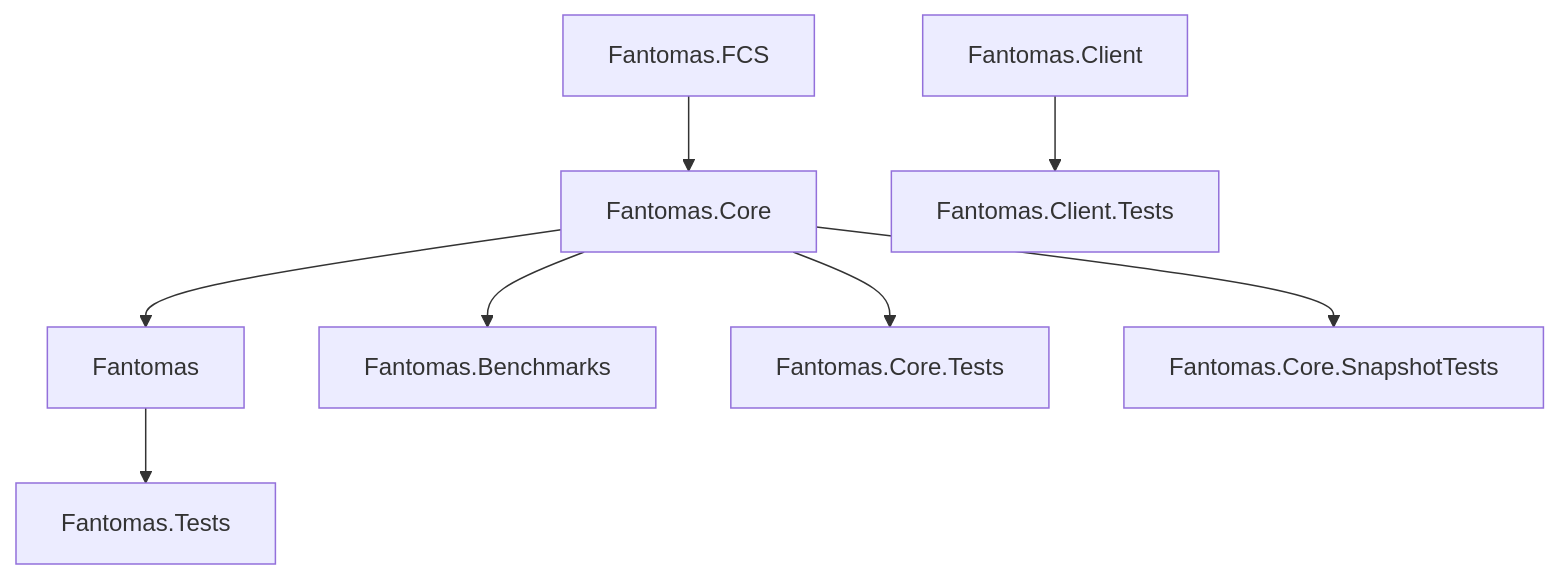
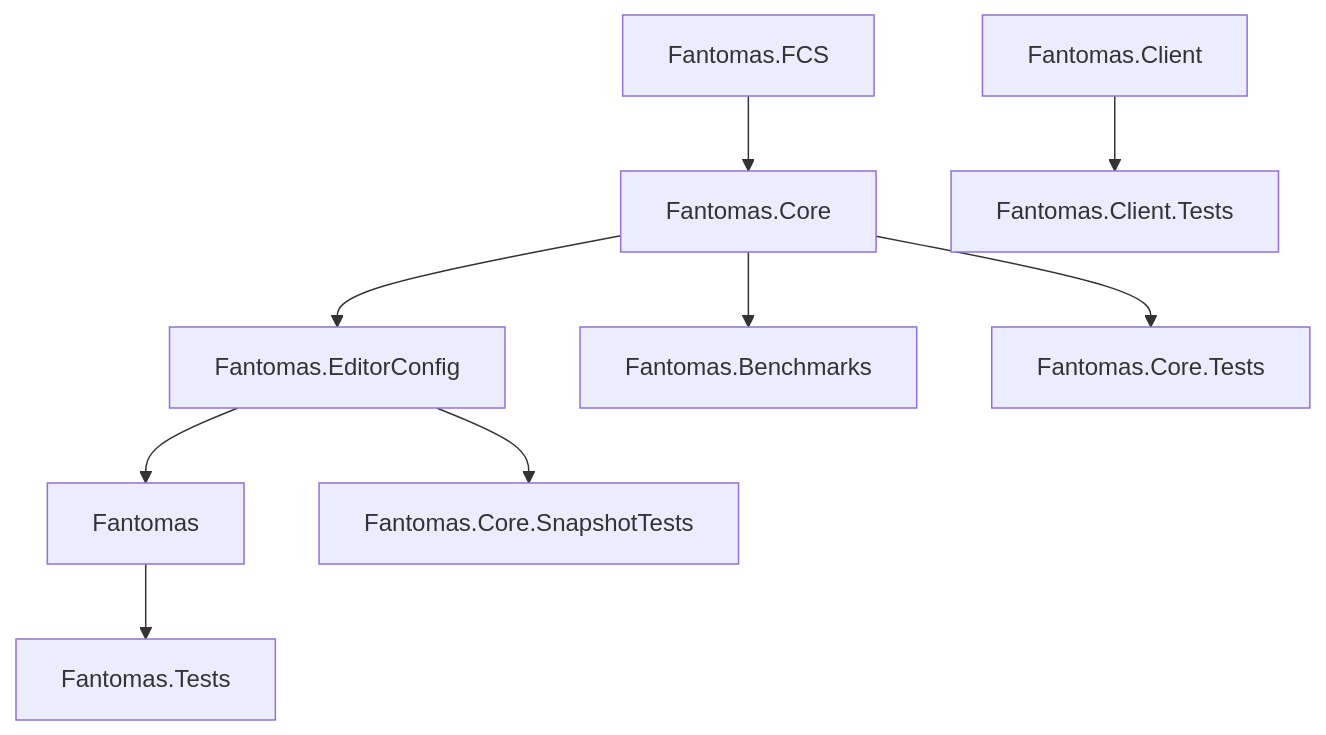
Before and after one commit to fsprojects/fantomas: the diagram in docs/docs/contributors/Solution Structure.md, drawn with Mermaid. The commit also changed other lines of this file and 31 other files, not shown here.

````diff
--- a/docs/docs/contributors/Solution Structure.md
+++ b/docs/docs/contributors/Solution Structure.md
@@ -11,10 +11,11 @@
 ```mermaid
 graph TD
     A[Fantomas.FCS] --> B
-    B[Fantomas.Core] --> C[Fantomas]
+    B[Fantomas.Core] --> J[Fantomas.EditorConfig]
+    J --> C[Fantomas]
     B --> D[Fantomas.Benchmarks]
     B --> E[Fantomas.Core.Tests]
-    B --> I[Fantomas.Core.SnapshotTests]
+    J --> I[Fantomas.Core.SnapshotTests]
     C --> F[Fantomas.Tests]
     G[Fantomas.Client] --> H[Fantomas.Client.Tests]
 ```
````
